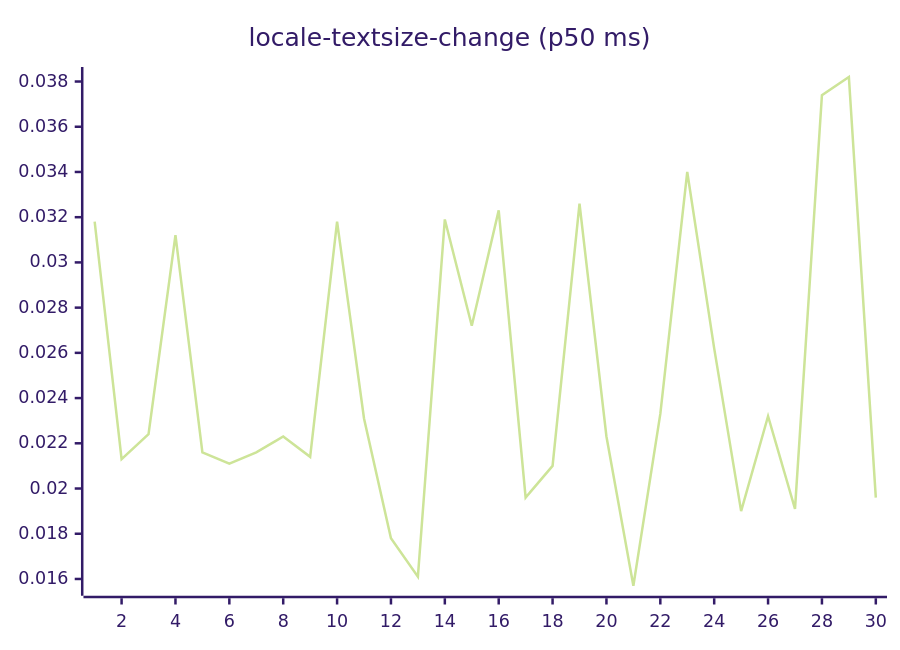
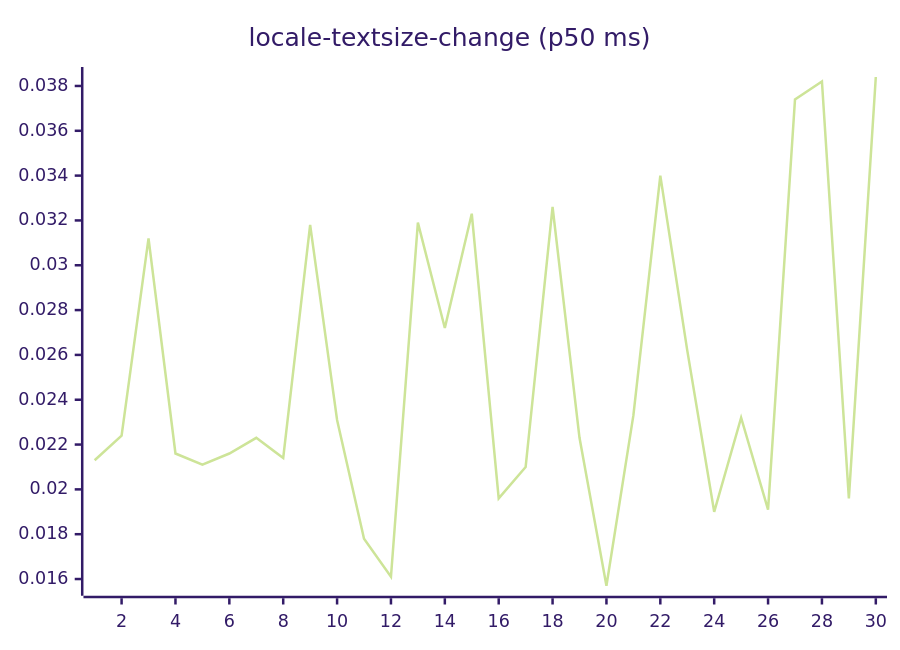
Before and after one commit to josha/Facet: diagram 13 of 27 in README.md, drawn with Mermaid (forest theme). The commit also changed other lines of this file and 2 other files, not shown here.

````diff
--- a/README.md
+++ b/README.md
@@ -147,6 +147,6 @@
 ```mermaid
 xychart-beta
     title "locale-textsize-change (p50 ms)"
     x-axis 1 --> 30
-    line [0.0318, 0.0213, 0.0224, 0.0312, 0.0216, 0.0211, 0.0216, 0.0223, 0.0214, 0.0318, 0.0231, 0.0178, 0.0161, 0.0319, 0.0272, 0.0323, 0.0196, 0.0210, 0.0326, 0.0223, 0.0157, 0.0233, 0.0340, 0.0262, 0.0190, 0.0232, 0.0191, 0.0374, 0.0382, 0.0196]
+    line [0.0213, 0.0224, 0.0312, 0.0216, 0.0211, 0.0216, 0.0223, 0.0214, 0.0318, 0.0231, 0.0178, 0.0161, 0.0319, 0.0272, 0.0323, 0.0196, 0.0210, 0.0326, 0.0223, 0.0157, 0.0233, 0.0340, 0.0262, 0.0190, 0.0232, 0.0191, 0.0374, 0.0382, 0.0196, 0.0384]
 ```
````
